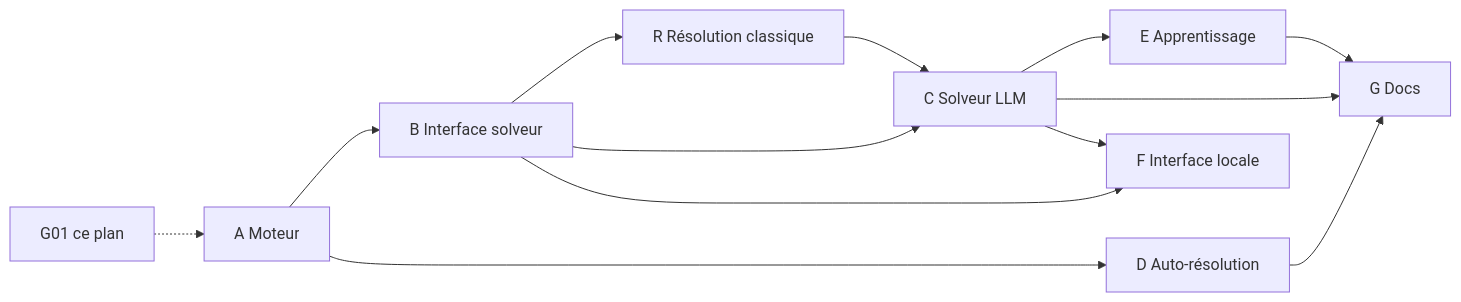
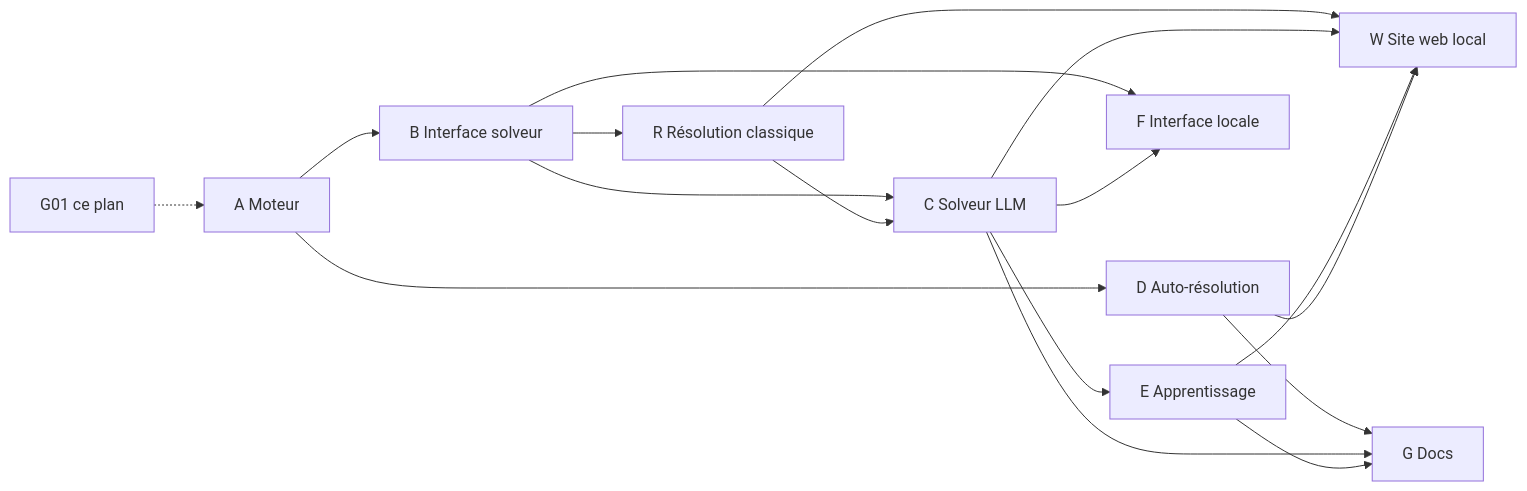
Before and after one commit to max-boop345/conquering_ai_enpc: the diagram in docs/PLAN.md, drawn with Mermaid. The commit also changed other lines of this file, not shown here.

Commit message:
docs: ajout de la phase W — site web de visualisation local (replay, heatmaps, vues benchmarks/leçons)

````diff
--- a/docs/PLAN.md
+++ b/docs/PLAN.md
@@ -373,15 +455,19 @@
 ```mermaid
 graph LR
   A[A Moteur] --> B[B Interface solveur]
   B --> R[R Résolution classique]
   B --> C[C Solveur LLM]
   R --> C
   A --> D[D Auto-résolution]
   C --> E[E Apprentissage]
   B --> F[F Interface locale]
   C --> F
+  R --> W[W Site web local]
+  C --> W
+  E --> W
+  D --> W
   D --> G[G Docs]
   C --> G
   E --> G
   G01[G01 ce plan] -.-> A
 ```
````
